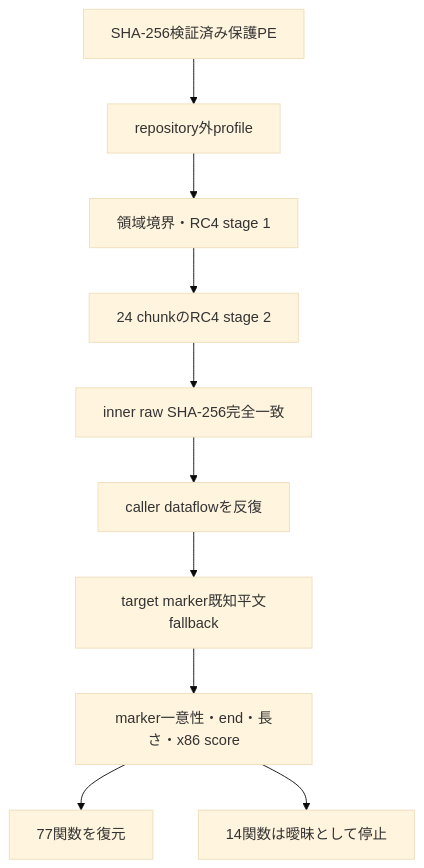
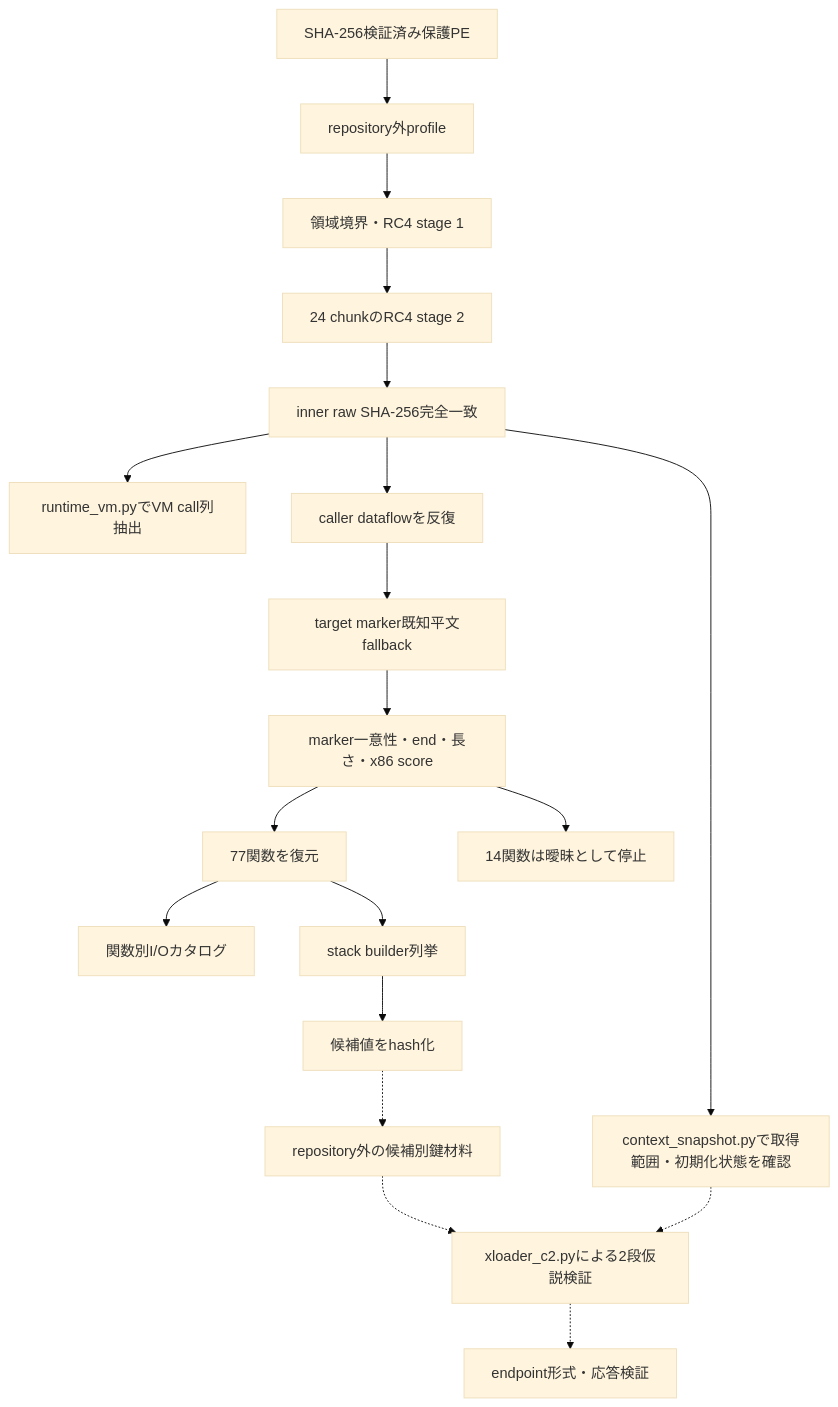
Before and after one commit to proshiba/AI-security-analysis: the fourth of 4 diagrams in analysis-results/malware/guloader/versions/unknown/cases/8d96249aa92bee27d9ac8ffa8e32e3f8dd3a5c77cbe541b1d0cc97f37e962a1e/OVERALL-LOGIC.md, drawn with Mermaid (base theme). The commit also changed other lines of this file and 43 other files, not shown here.

````diff
--- a/analysis-results/malware/guloader/versions/unknown/cases/8d96249aa92bee27d9ac8ffa8e32e3f8dd3a5c77cbe541b1d0cc97f37e962a1e/OVERALL-LOGIC.md
+++ b/analysis-results/malware/guloader/versions/unknown/cases/8d96249aa92bee27d9ac8ffa8e32e3f8dd3a5c77cbe541b1d0cc97f37e962a1e/OVERALL-LOGIC.md
@@ -45,12 +81,21 @@
 ```mermaid
 flowchart TD
     input["SHA-256検証済み保護PE"] --> profile["repository外profile"]
     profile --> stage1["領域境界・RC4 stage 1"]
     stage1 --> stage2["24 chunkのRC4 stage 2"]
     stage2 --> hash["inner raw SHA-256完全一致"]
+    hash --> vm["runtime_vm.pyでVM call列抽出"]
     hash --> dataflow["caller dataflowを反復"]
     dataflow --> marker["target marker既知平文fallback"]
     marker --> validate["marker一意性・end・長さ・x86 score"]
     validate --> recovered["77関数を復元"]
     validate --> unresolved["14関数は曖昧として停止"]
+    recovered --> catalog["関数別I/Oカタログ"]
+    recovered --> builder_scan["stack builder列挙"]
+    builder_scan --> candidate_hash["候補値をhash化"]
+    candidate_hash -.-> private_keys["repository外の候補別鍵材料"]
+    private_keys -.-> c2_recovery["xloader_c2.pyによる2段仮説検証"]
+    hash --> context_check["context_snapshot.pyで取得範囲・初期化状態を確認"]
+    context_check -.-> c2_recovery
+    c2_recovery -.-> endpoint_check["endpoint形式・応答検証"]
 ```
````
